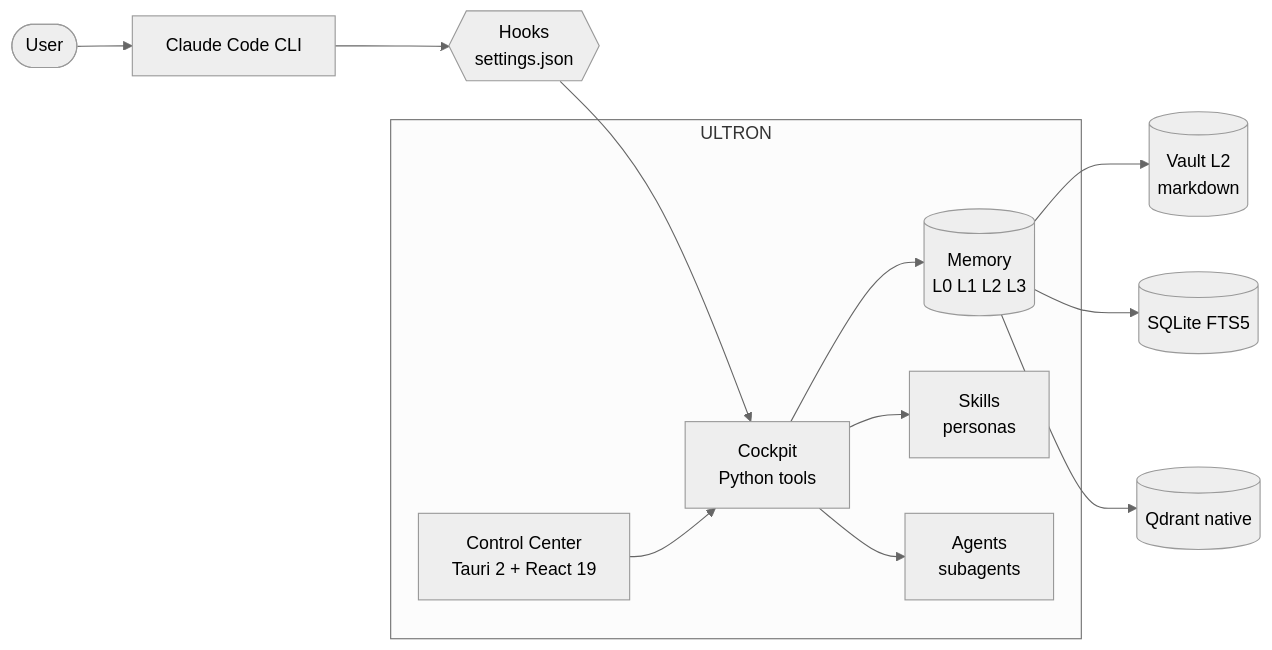
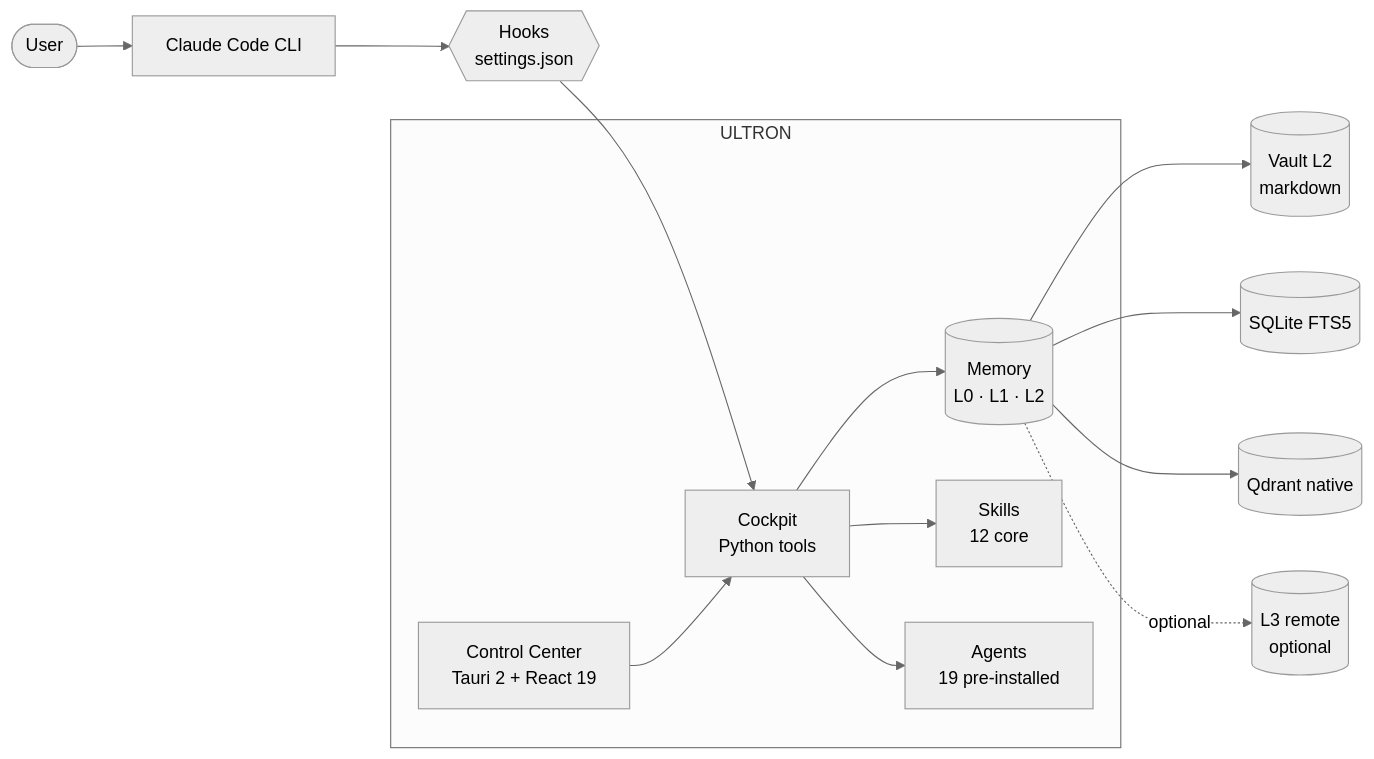
One commit to SkiTemplar/ultron-control-center changed the second of 2 diagrams in README.md. Above: the diagram before and after it, drawn with Mermaid (neutral theme). The commit also changed other lines of this file and 15 other files, not shown here.

````diff
--- a/README.md
+++ b/README.md
@@ -334,27 +274,29 @@
 ```mermaid
 flowchart LR
     User([User])
     CC[Claude Code CLI]
     Hooks{{Hooks<br/>settings.json}}
     subgraph ULTRON
-        Memory[(Memory<br/>L0 L1 L2 L3)]
-        Skills[Skills<br/>personas]
-        Agents[Agents<br/>subagents]
+        Memory[(Memory<br/>L0 · L1 · L2)]
+        Skills[Skills<br/>12 core]
+        Agents[Agents<br/>19 pre-installed]
         Cockpit[Cockpit<br/>Python tools]
         GUI[Control Center<br/>Tauri 2 + React 19]
     end
     Vault[(Vault L2<br/>markdown)]
     FTS[(SQLite FTS5)]
     Q[(Qdrant native)]
+    L3[(L3 remote<br/>optional)]
 
     User --> CC
     CC --> Hooks
     Hooks --> Cockpit
     Cockpit --> Memory
     Memory --> Vault
     Memory --> FTS
     Memory --> Q
+    Memory -.optional.-> L3
     Cockpit --> Skills
     Cockpit --> Agents
     GUI --> Cockpit
 ```
````
